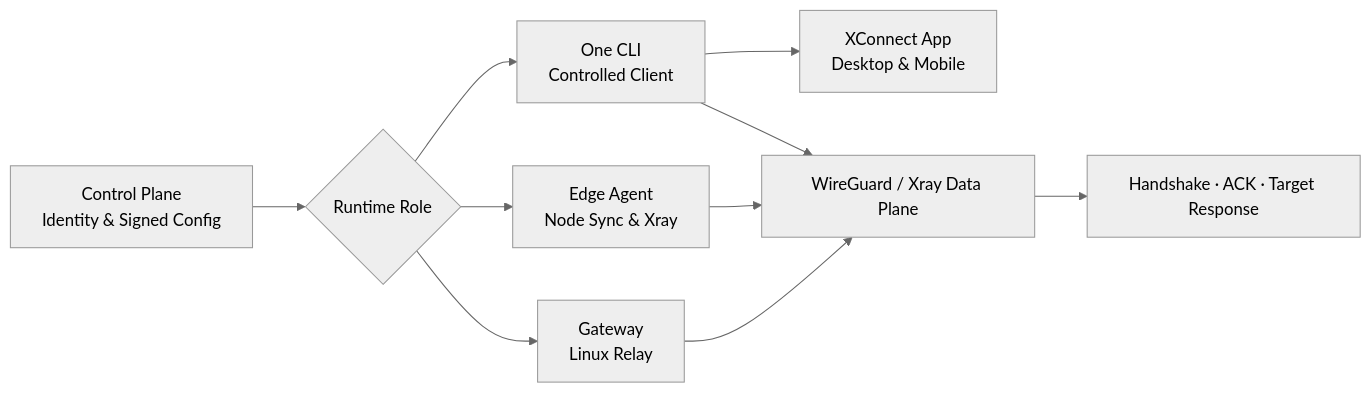
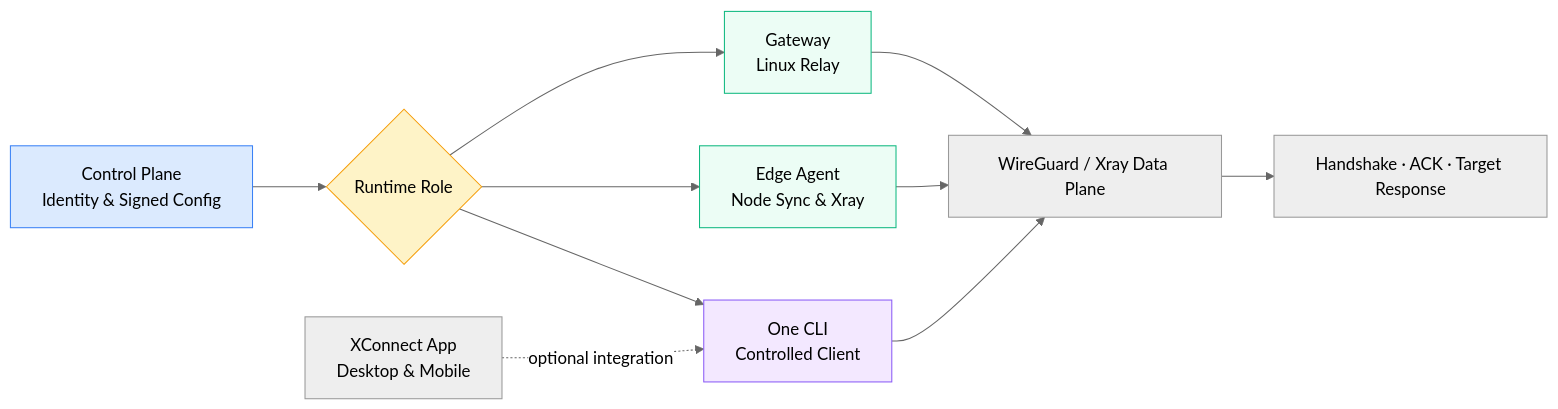
Before and after one commit to ai-workspace-xstream/.github: the diagram in profile/README-en.md, drawn with Mermaid (neutral theme). The commit also changed other lines of this file and 2 other files, not shown here.

````diff
--- a/profile/README-en.md
+++ b/profile/README-en.md
@@ -52,12 +71,17 @@
 ```mermaid
 flowchart LR
     A[Control Plane<br/>Identity & Signed Config] --> B{Runtime Role}
     B --> C[Gateway<br/>Linux Relay]
     B --> D[Edge Agent<br/>Node Sync & Xray]
     B --> E[One CLI<br/>Controlled Client]
-    E --> F[XConnect App<br/>Desktop & Mobile]
+    F[XConnect App<br/>Desktop & Mobile] -. optional integration .-> E
     C --> G[WireGuard / Xray Data Plane]
     D --> G
     E --> G
     G --> H[Handshake · ACK · Target Response]
+    style A fill:#DBEAFE,stroke:#3B82F6
+    style B fill:#FEF3C7,stroke:#F59E0B
+    style C fill:#ECFDF5,stroke:#10B981
+    style D fill:#ECFDF5,stroke:#10B981
+    style E fill:#F3E8FF,stroke:#8B5CF6
 ```
````
